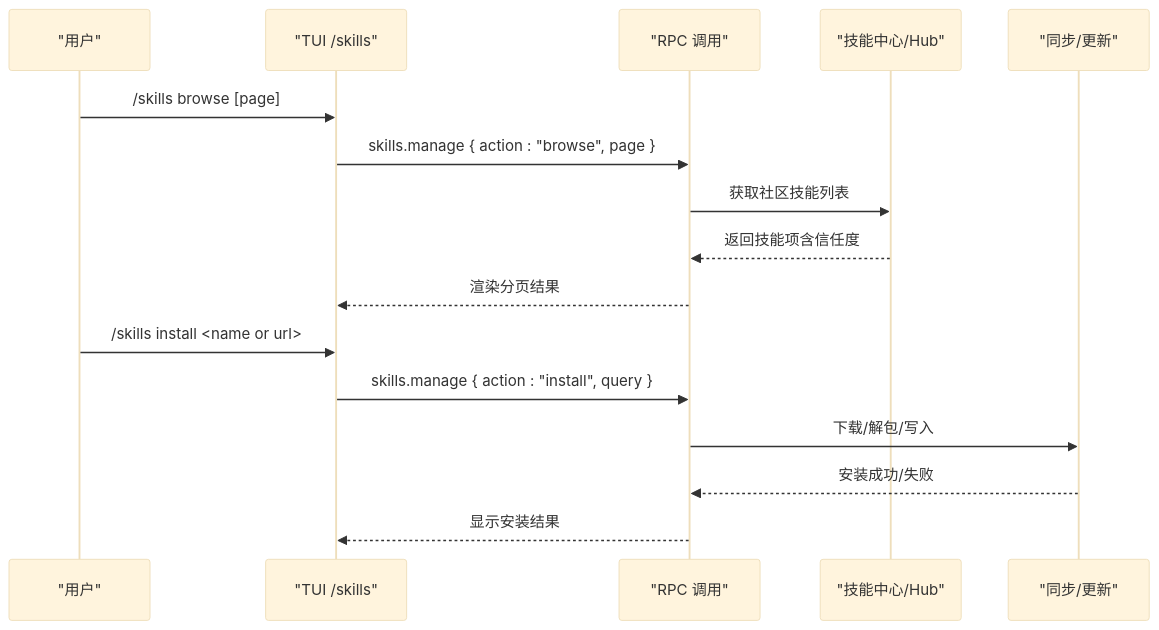
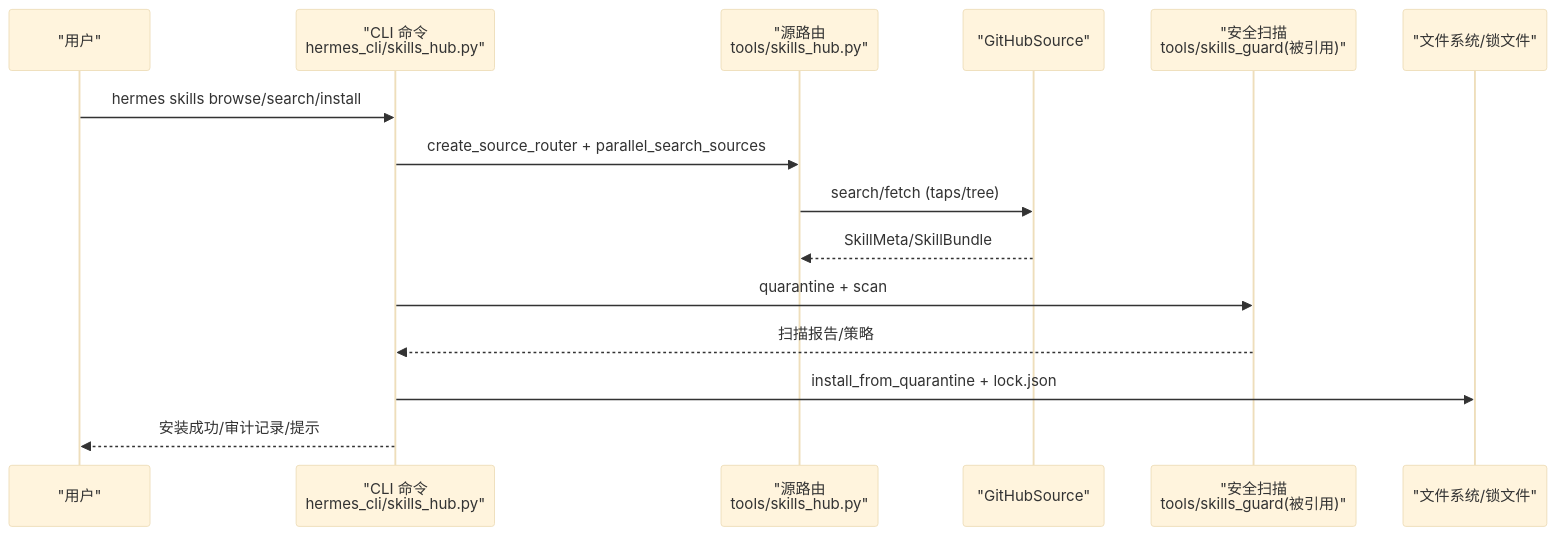
Before and after one commit to haolange/hermes-agent: the sixth of 7 diagrams in .qoder/repowiki/zh/content/技能系统/技能系统.md, drawn with Mermaid (base theme). The commit also changed other lines of this file and 1206 other files, not shown here.

````diff
--- a/.qoder/repowiki/zh/content/技能系统/技能系统.md
+++ b/.qoder/repowiki/zh/content/技能系统/技能系统.md
@@ -233,18 +239,17 @@
 ```mermaid
 sequenceDiagram
-participant User as "用户"
-participant TUI as "TUI /skills"
-participant RPC as "RPC 调用"
-participant Hub as "技能中心/Hub"
-participant Sync as "同步/更新"
-User->>TUI : /skills browse [page]
-TUI->>RPC : skills.manage { action : "browse", page }
-RPC->>Hub : 获取社区技能列表
-Hub-->>RPC : 返回技能项含信任度
-RPC-->>TUI : 渲染分页结果
-User->>TUI : /skills install <name or url>
-TUI->>RPC : skills.manage { action : "install", query }
-RPC->>Sync : 下载/解包/写入
-Sync-->>RPC : 安装成功/失败
-RPC-->>TUI : 显示安装结果
+participant U as "用户"
+participant CLI as "CLI 命令<br/>hermes_cli/skills_hub.py"
+participant SR as "源路由<br/>tools/skills_hub.py"
+participant GH as "GitHubSource"
+participant SEC as "安全扫描<br/>tools/skills_guard(被引用)"
+participant FS as "文件系统/锁文件"
+U->>CLI : hermes skills browse/search/install
+CLI->>SR : create_source_router + parallel_search_sources
+SR->>GH : search/fetch (taps/tree)
+GH-->>SR : SkillMeta/SkillBundle
+CLI->>SEC : quarantine + scan
+SEC-->>CLI : 扫描报告/策略
+CLI->>FS : install_from_quarantine + lock.json
+CLI-->>U : 安装成功/审计记录/提示
 ```
````
